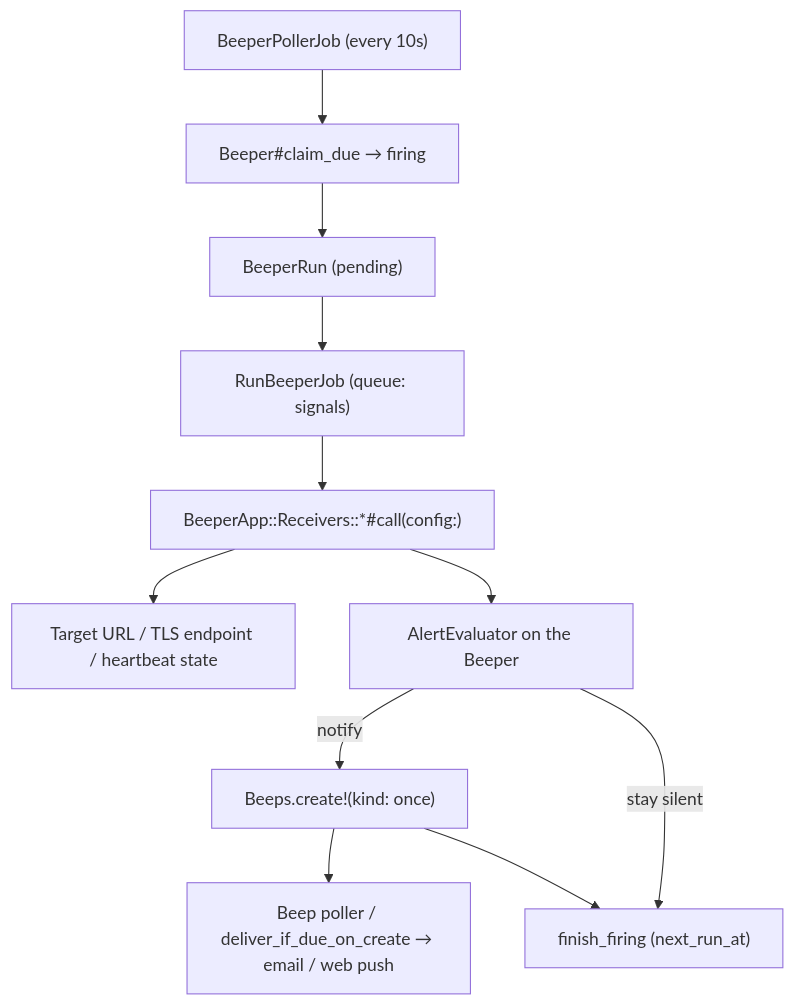
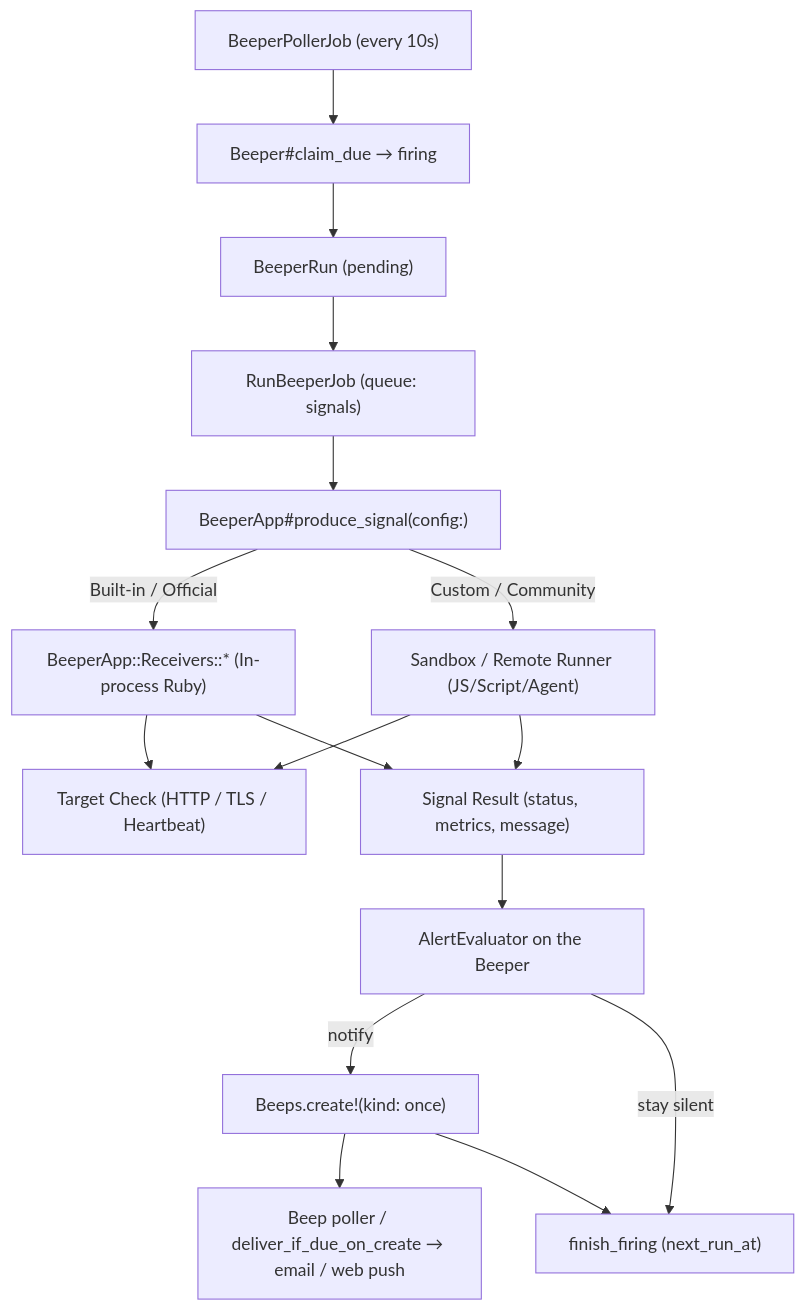
The diagram in docs/architecture/beeper-ecosystem.md (yuler/beep), drawn with Mermaid before and after one commit. The commit also changed other lines of this file, not shown here.

Commit message:
📝 [docs] Streamline beeper architecture and formalize signal execution contract

````diff
--- a/docs/architecture/beeper-ecosystem.md
+++ b/docs/architecture/beeper-ecosystem.md
@@ -7,13 +7,18 @@
 ```mermaid
 flowchart TD
   Poller["BeeperPollerJob (every 10s)"] --> Claim["Beeper#claim_due → firing"]
   Claim --> Run["BeeperRun (pending)"]
   Run --> Job["RunBeeperJob (queue: signals)"]
-  Job --> Receiver["BeeperApp::Receivers::*#call(config:)"]
-  Receiver --> Target["Target URL / TLS endpoint / heartbeat state"]
-  Receiver --> Eval["AlertEvaluator on the Beeper"]
+  Job --> Produce["BeeperApp#produce_signal(config:)"]
+  Produce -->|Built-in / Official| Native["BeeperApp::Receivers::* (In-process Ruby)"]
+  Produce -->|Custom / Community| Sandbox["Sandbox / Remote Runner (JS/Script/Agent)"]
+  Native --> Target["Target Check (HTTP / TLS / Heartbeat)"]
+  Sandbox --> Target
+  Native --> Signal["Signal Result (status, metrics, message)"]
+  Sandbox --> Signal
+  Signal --> Eval["AlertEvaluator on the Beeper"]
   Eval -->|notify| Create["Beeps.create!(kind: once)"]
   Eval -->|stay silent| Finish["finish_firing (next_run_at)"]
   Create --> Deliver["Beep poller / deliver_if_due_on_create → email / web push"]
   Create --> Finish
 ```
````
